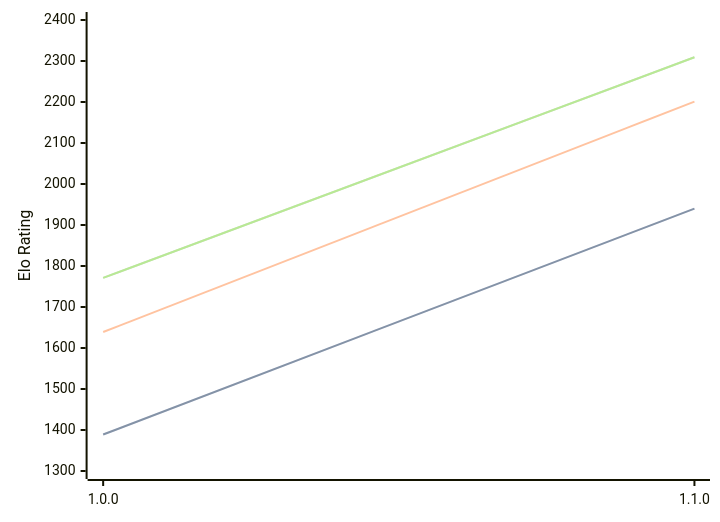
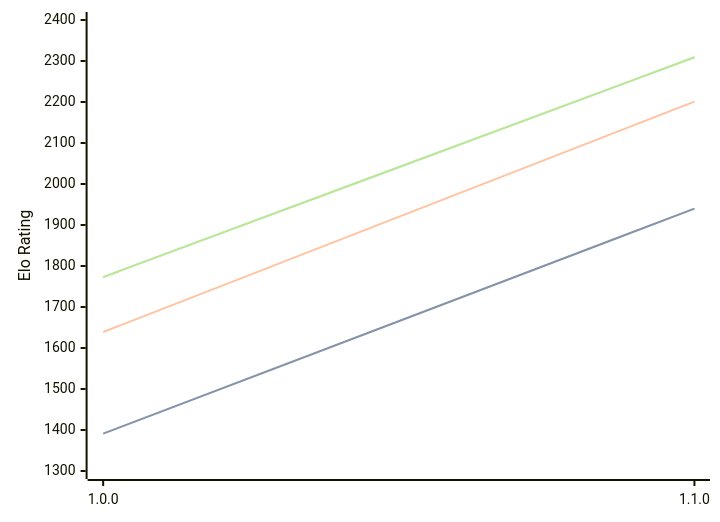
One commit to computer-chess-index/cci changed the diagram in engines/Akerbeltz.md. Above: the diagram before and after it, drawn with Mermaid. The commit also changed other lines of this file, not shown here.

Commit message:
Update CCI Ratings (ELO VLTC) - 2026-10-08

````diff
--- a/engines/Akerbeltz.md
+++ b/engines/Akerbeltz.md
@@ -32,11 +32,11 @@
 ```mermaid
 %%{init: {"theme":"base","themeVariables":{"seriesColors:['#a3a3a3','#222221','#faa371']}}}%%
 xychart-beta
   x-axis ["1.0.0", "1.1.0"]
   y-axis "Elo Rating" 1300 --> 2400
-  line "" [1389, 1940]
-  line "STC (8.0+0.08s)" [1389, 1940]
+  line "" [1391, 1940]
+  line "STC (8.0+0.08s)" [1391, 1940]
   line "LTC (60.0+0.60s)" [1639, 2201]
-  line "" [1771, 2309]
-  line "VLTC (2m24s+1.12s)" [1771, 2309]
+  line "" [1773, 2309]
+  line "VLTC (2m24s+1.12s)" [1773, 2309]
 ```
````
